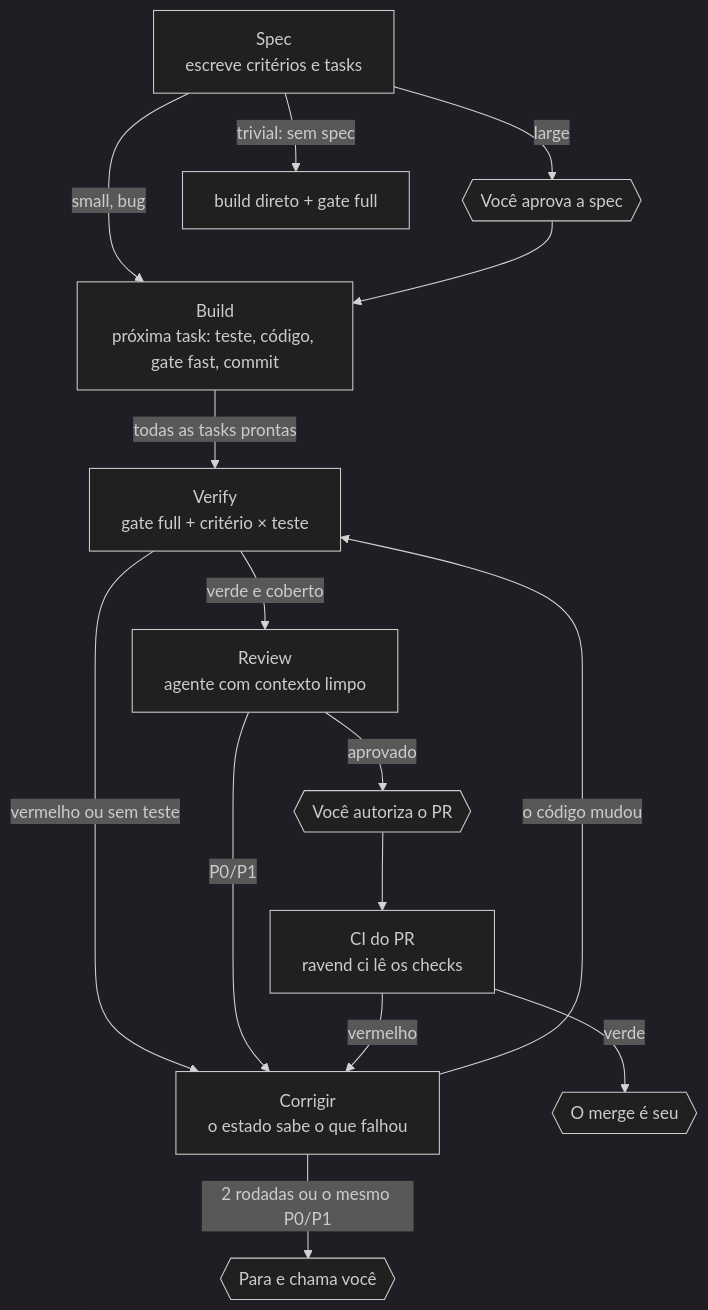
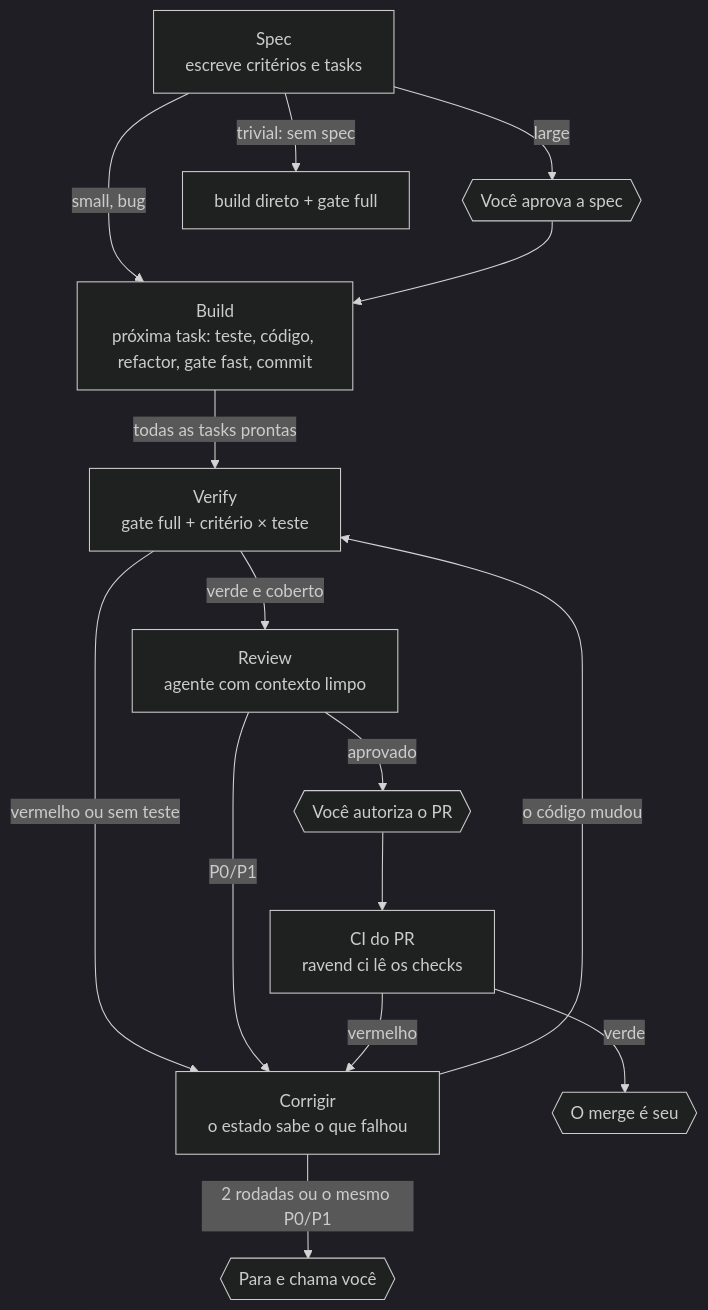
The second of 2 diagrams in docs/ARCHITECTURE.md (ferreiravpl/ravend), drawn with Mermaid (dark theme) before and after one commit. The commit also changed other lines of this file and 24 other files, not shown here.

````diff
--- a/docs/ARCHITECTURE.md
+++ b/docs/ARCHITECTURE.md
@@ -117,17 +118,17 @@
 ```mermaid
 flowchart TD
   S["Spec<br/>escreve critérios e tasks"] -->|"small, bug"| B
   S -->|"large"| A{{"Você aprova a spec"}}
   S -->|"trivial: sem spec"| T["build direto + gate full"]
-  A --> B["Build<br/>próxima task: teste, código, gate fast, commit"]
+  A --> B["Build<br/>próxima task: teste, código, refactor, gate fast, commit"]
   B -->|"todas as tasks prontas"| V["Verify<br/>gate full + critério × teste"]
   V -->|"vermelho ou sem teste"| F["Corrigir<br/>o estado sabe o que falhou"]
   V -->|"verde e coberto"| R["Review<br/>agente com contexto limpo"]
   R -->|"P0/P1"| F
   F -->|"o código mudou"| V
   F -->|"2 rodadas ou o mesmo P0/P1"| H{{"Para e chama você"}}
   R -->|"aprovado"| P{{"Você autoriza o PR"}}
   P --> C["CI do PR<br/>ravend ci lê os checks"]
   C -->|"vermelho"| F
   C -->|"verde"| M{{"O merge é seu"}}
 ```
````
